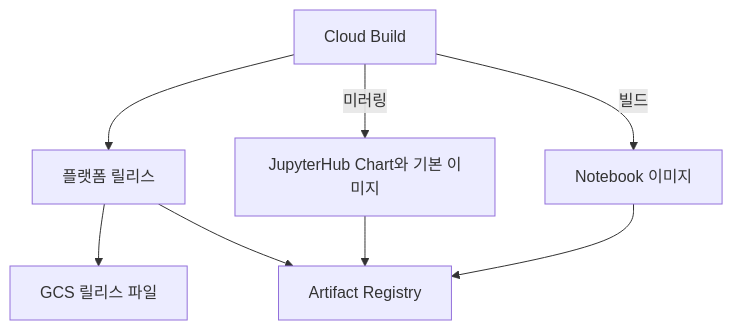
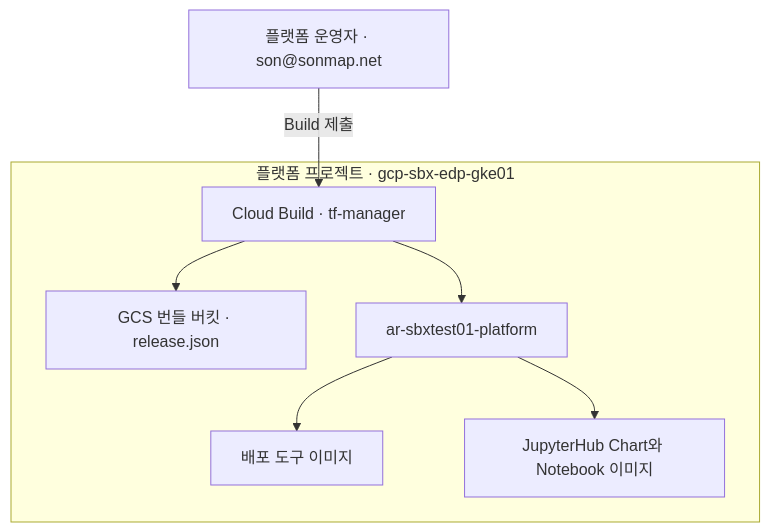
One commit to sonmap/GCP_SBX_Test01 changed the sixth of 7 diagrams in 01.docs/01-infra-setup.md. Above: the diagram before and after it, drawn with Mermaid. The commit also changed other lines of this file, not shown here.

Commit message:
Show project boundaries, resource names and operator roles in infrastructure diagrams

````diff
--- a/01.docs/01-infra-setup.md
+++ b/01.docs/01-infra-setup.md
@@ -574,10 +590,10 @@
 ```mermaid
 flowchart TD
-    A["Cloud Build"] --> R["플랫폼 릴리스"]
-    R --> B["GCS 릴리스 파일"]
-    R --> I["Artifact Registry"]
-    A -->|미러링| C["JupyterHub Chart와 기본 이미지"]
-    A -->|빌드| N["Notebook 이미지"]
-    C --> I
-    N --> I
+    O["플랫폼 운영자 · son@sonmap.net"] -->|Build 제출| B
+    subgraph P["플랫폼 프로젝트 · gcp-sbx-edp-gke01"]
+      B["Cloud Build · tf-manager"] --> G["GCS 번들 버킷 · release.json"]
+      B --> A["ar-sbxtest01-platform"]
+      A --> R["배포 도구 이미지"]
+      A --> C["JupyterHub Chart와 Notebook 이미지"]
+    end
 ```
````
